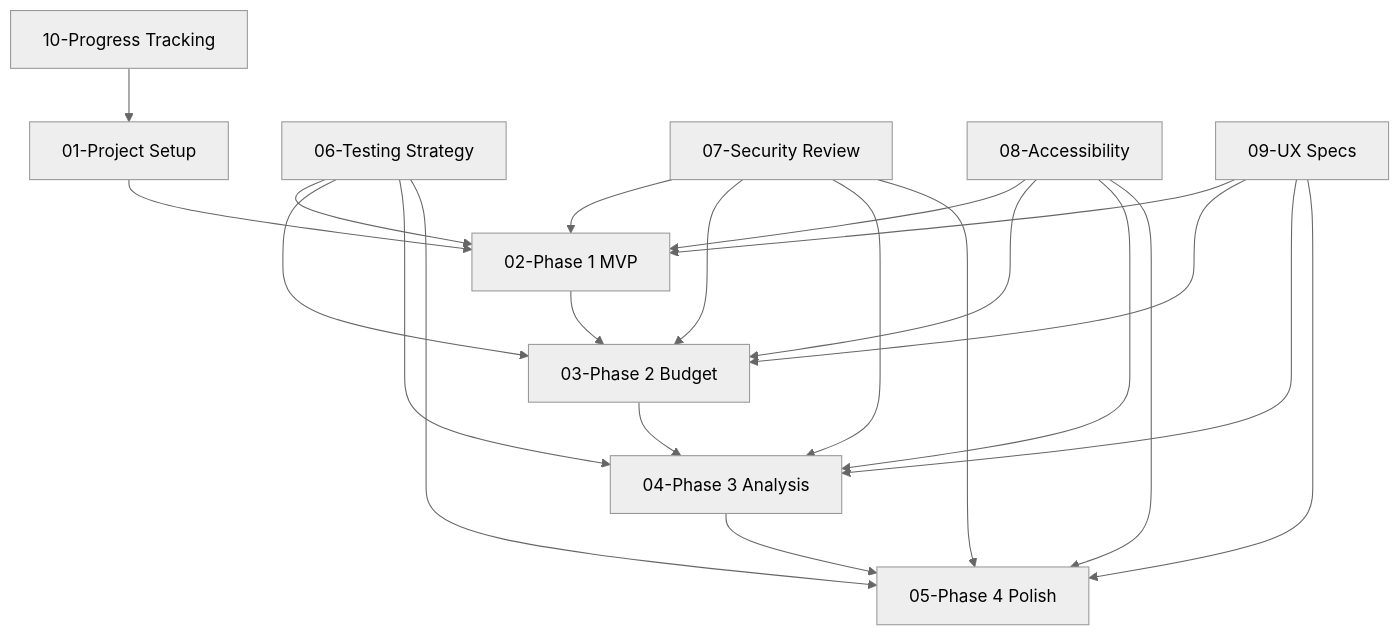
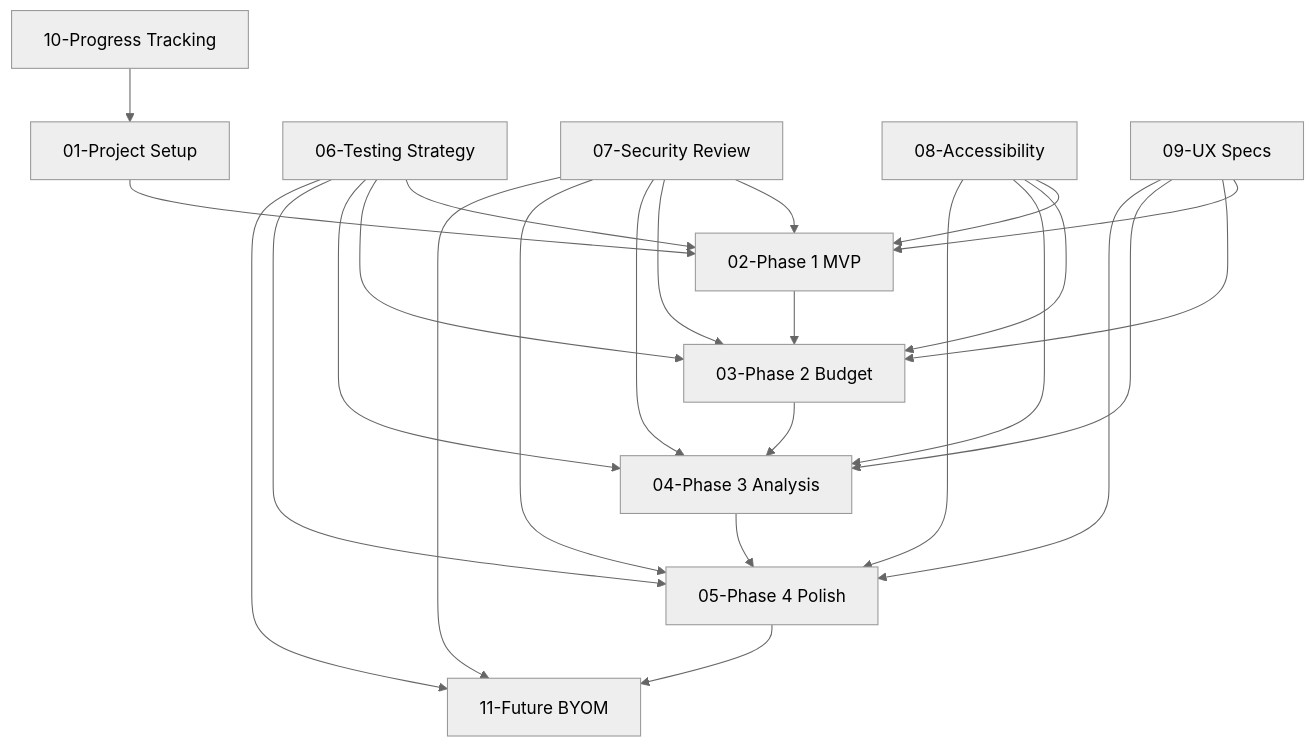
Before and after one commit to rosscoken/HomeBuyerHelper: the diagram in docs/implementation-plan/README.md, drawn with Mermaid (neutral theme). The commit also changed other lines of this file and 1 other file, not shown here.

First line of the commit message:
Add BYOM (Bring Your Own Model) implementation plan

````diff
--- a/docs/implementation-plan/README.md
+++ b/docs/implementation-plan/README.md
@@ -135,29 +147,32 @@
 ```mermaid
 graph TD
     A[01-Project Setup] --> B[02-Phase 1 MVP]
     B --> C[03-Phase 2 Budget]
     C --> D[04-Phase 3 Analysis]
     D --> E[05-Phase 4 Polish]
+    E --> K[11-Future BYOM]
 
     F[06-Testing Strategy] --> B
     F --> C
     F --> D
     F --> E
+    F --> K
 
     G[07-Security Review] --> B
     G --> C
     G --> D
     G --> E
+    G --> K
 
     H[08-Accessibility] --> B
     H --> C
     H --> D
     H --> E
 
     I[09-UX Specs] --> B
     I --> C
     I --> D
     I --> E
 
     J[10-Progress Tracking] --> A
 ```
````
